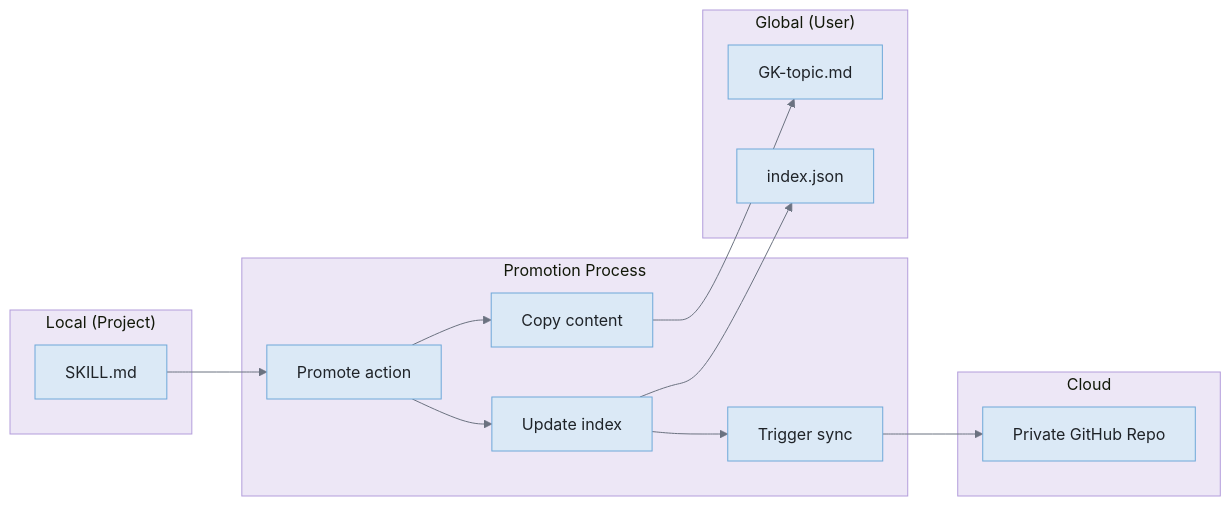
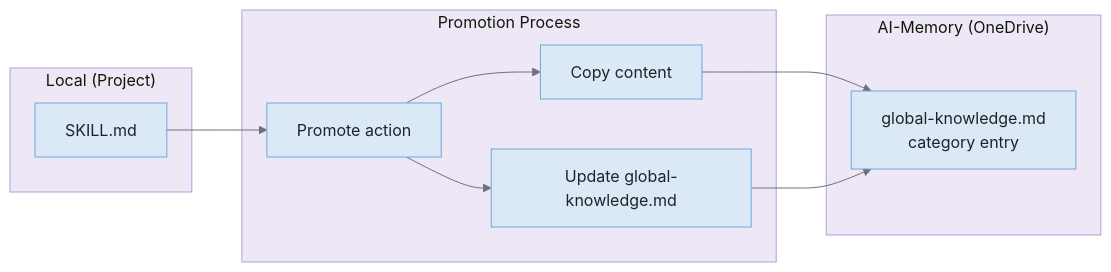
The third of 3 diagrams in alex_docs/architecture/MEMORY-SYSTEMS.md (fabioc-aloha/Alex_Plug_In), drawn with Mermaid before and after one commit. The commit also changed other lines of this file and 374 other files, not shown here.

First line of the commit message:
feat: replace GitHub-based Global Knowledge with OneDrive AI-Memory

````diff
--- a/alex_docs/architecture/MEMORY-SYSTEMS.md
+++ b/alex_docs/architecture/MEMORY-SYSTEMS.md
@@ -459,31 +447,23 @@
 ```mermaid
 %%{init: {'theme': 'base', 'themeVariables': {'background': '#f8f9fa', 'primaryColor': '#dbe9f6', 'primaryTextColor': '#1f2328', 'primaryBorderColor': '#6ea8d9', 'lineColor': '#6b7280', 'secondaryColor': '#d1f5ef', 'secondaryBorderColor': '#5ab5a0', 'tertiaryColor': '#ede7f6', 'tertiaryBorderColor': '#b39ddb', 'edgeLabelBackground': '#ffffff', 'fontFamily': 'Segoe UI, system-ui, sans-serif'}}}%%
 flowchart LR
     subgraph "Local (Project)"
         SK[SKILL.md]
     end
 
     subgraph "Promotion Process"
         CMD["Promote action"]
         COPY[Copy content]
-        INDEX[Update index]
-        SYNC[Trigger sync]
+        EDIT[Update global-knowledge.md]
     end
 
-    subgraph "Global (User)"
-        GK[GK-topic.md]
-        IDX[index.json]
-    end
-
-    subgraph "Cloud"
-        GIST[Private GitHub Repo]
+    subgraph "AI-Memory (OneDrive)"
+        GK[global-knowledge.md<br/>category entry]
     end
 
     SK --> CMD
     CMD --> COPY
     COPY --> GK
-    CMD --> INDEX
-    INDEX --> IDX
-    INDEX --> SYNC
-    SYNC --> GIST
+    CMD --> EDIT
+    EDIT --> GK
 ```
````
